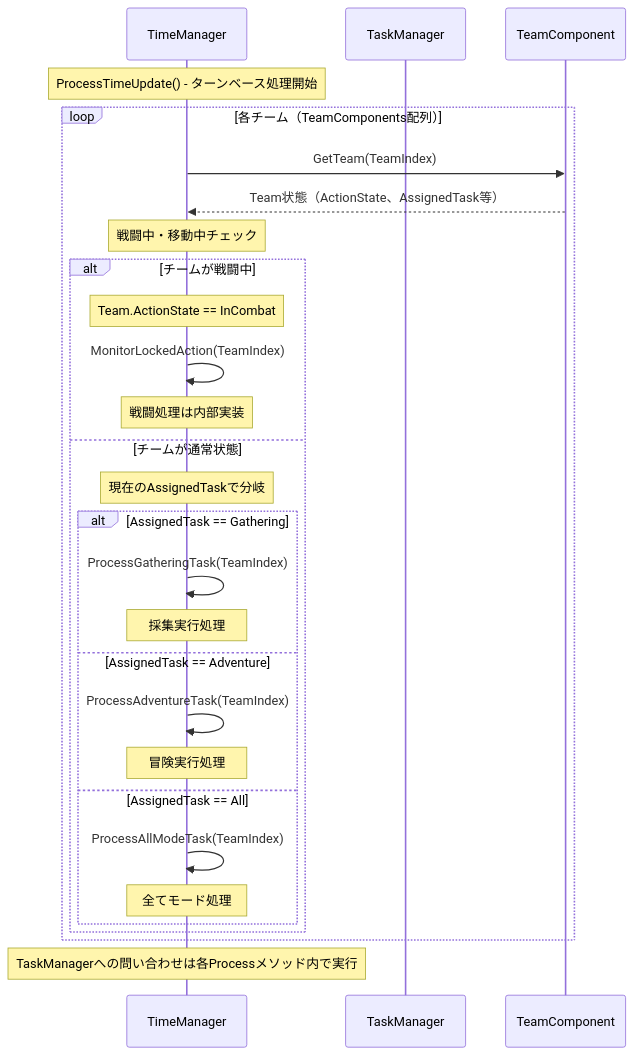
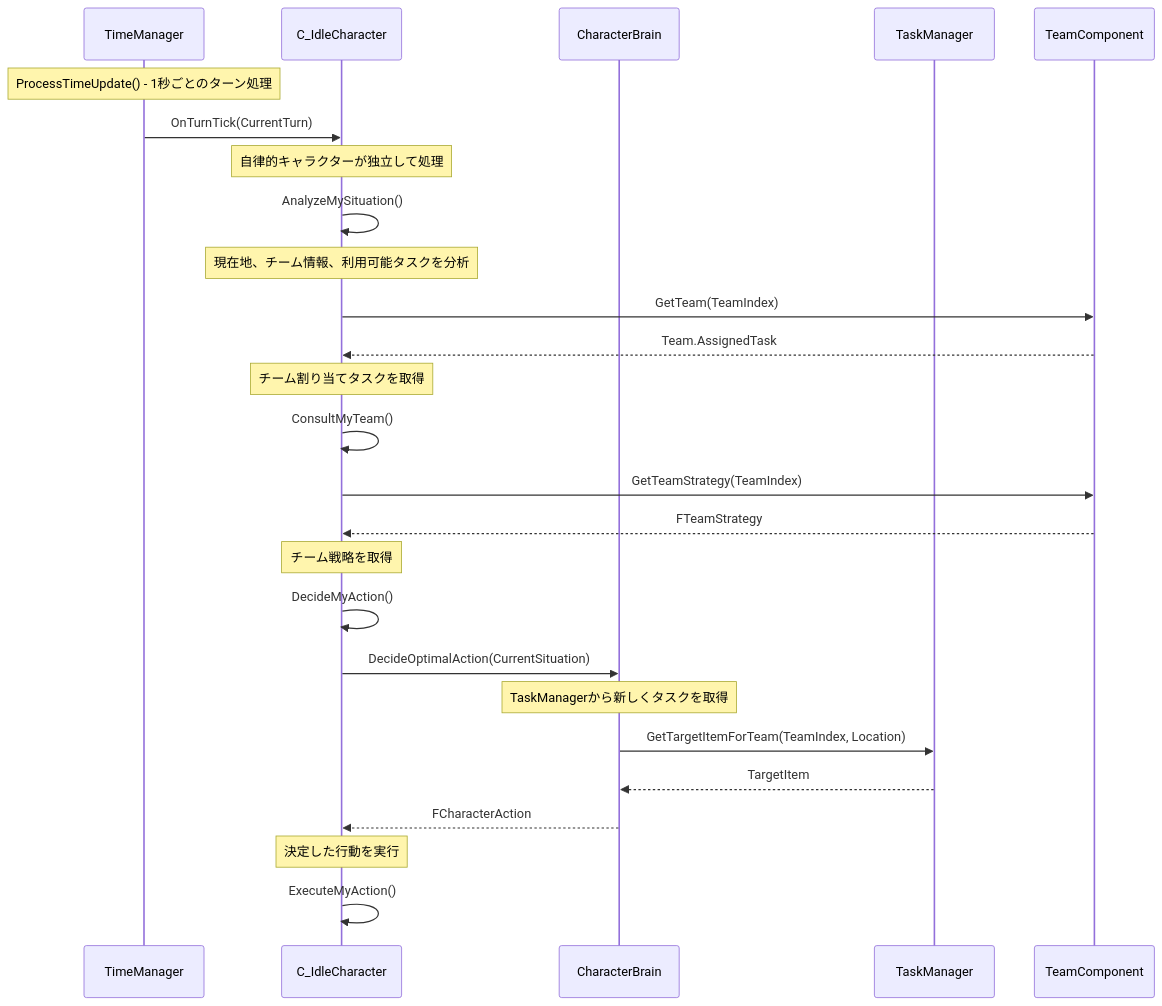
One commit to earlgreystudio/UE_IdleWSL changed the first of 6 diagrams in docs/specifications/tasks/タスクフロー図.md. Above: the diagram before and after it, drawn with Mermaid. The commit also changed other lines of this file and 88 other files, not shown here.

````diff
--- a/docs/specifications/tasks/タスクフロー図.md
+++ b/docs/specifications/tasks/タスクフロー図.md
@@ -9,38 +9,37 @@
 ```mermaid
 sequenceDiagram
     participant TM as TimeManager
+    participant Char as C_IdleCharacter
+    participant Brain as CharacterBrain
     participant TaskMgr as TaskManager
-    participant TC as TeamComponent
+    participant TeamComp as TeamComponent
     
-    Note over TM: ProcessTimeUpdate() - ターンベース処理開始
+    Note over TM: ProcessTimeUpdate() - 1秒ごとのターン処理
     
-    loop 各チーム（TeamComponents配列）
-        TM->>TC: GetTeam(TeamIndex)
-        TC-->>TM: Team状態（ActionState、AssignedTask等）
-        Note over TM: 戦闘中・移動中チェック
-        
-        alt チームが戦闘中
-            Note over TM: Team.ActionState == InCombat
-            TM->>TM: MonitorLockedAction(TeamIndex)
-            Note over TM: 戦闘処理は内部実装
-            
-        else チームが通常状態
-            Note over TM: 現在のAssignedTaskで分岐
-            
-            alt AssignedTask == Gathering
-                TM->>TM: ProcessGatheringTask(TeamIndex)
-                Note over TM: 採集実行処理
-                
-            else AssignedTask == Adventure  
-                TM->>TM: ProcessAdventureTask(TeamIndex)
-                Note over TM: 冒険実行処理
-                
-            else AssignedTask == All
-                TM->>TM: ProcessAllModeTask(TeamIndex)
-                Note over TM: 全てモード処理
-            end
-        end
-    end
+    TM->>Char: OnTurnTick(CurrentTurn)
+    Note over Char: 自律的キャラクターが独立して処理
     
-    Note over TM: TaskManagerへの問い合わせは各Processメソッド内で実行
+    Char->>Char: AnalyzeMySituation()
+    Note over Char: 現在地、チーム情報、利用可能タスクを分析
+    
+    Char->>TeamComp: GetTeam(TeamIndex)
+    TeamComp-->>Char: Team.AssignedTask
+    Note over Char: チーム割り当てタスクを取得
+    
+    Char->>Char: ConsultMyTeam()
+    Char->>TeamComp: GetTeamStrategy(TeamIndex)
+    TeamComp-->>Char: FTeamStrategy
+    Note over Char: チーム戦略を取得
+    
+    Char->>Char: DecideMyAction()
+    Char->>Brain: DecideOptimalAction(CurrentSituation)
+    
+    Note over Brain: TaskManagerから新しくタスクを取得
+    Brain->>TaskMgr: GetTargetItemForTeam(TeamIndex, Location)
+    TaskMgr-->>Brain: TargetItem
+    
+    Brain-->>Char: FCharacterAction
+    Note over Char: 決定した行動を実行
+    
+    Char->>Char: ExecuteMyAction()
 ```
````
